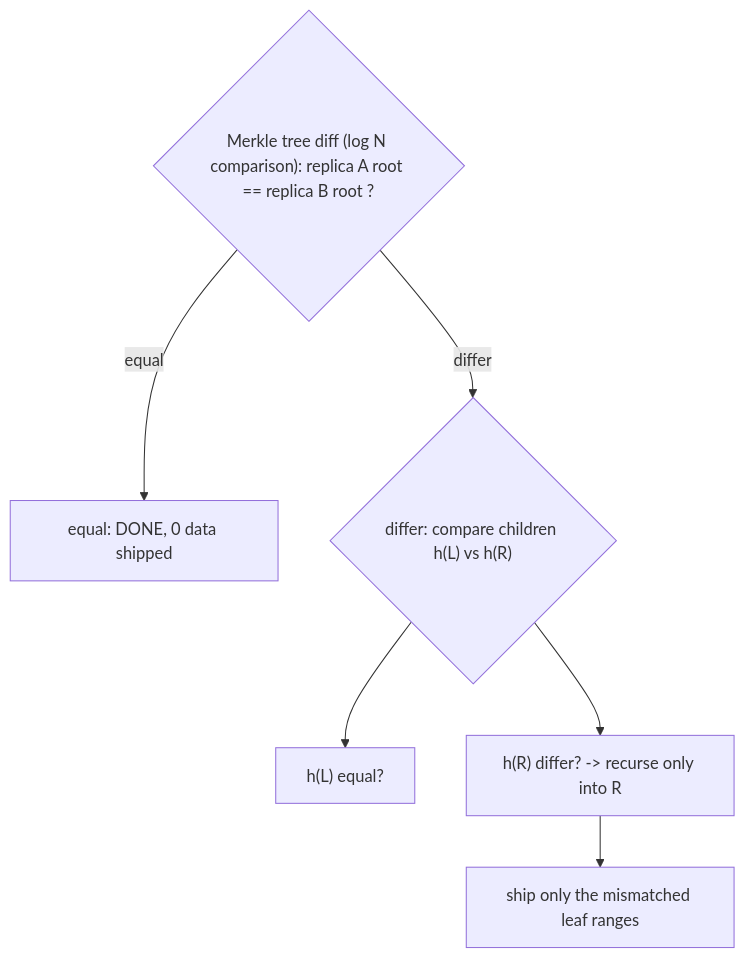
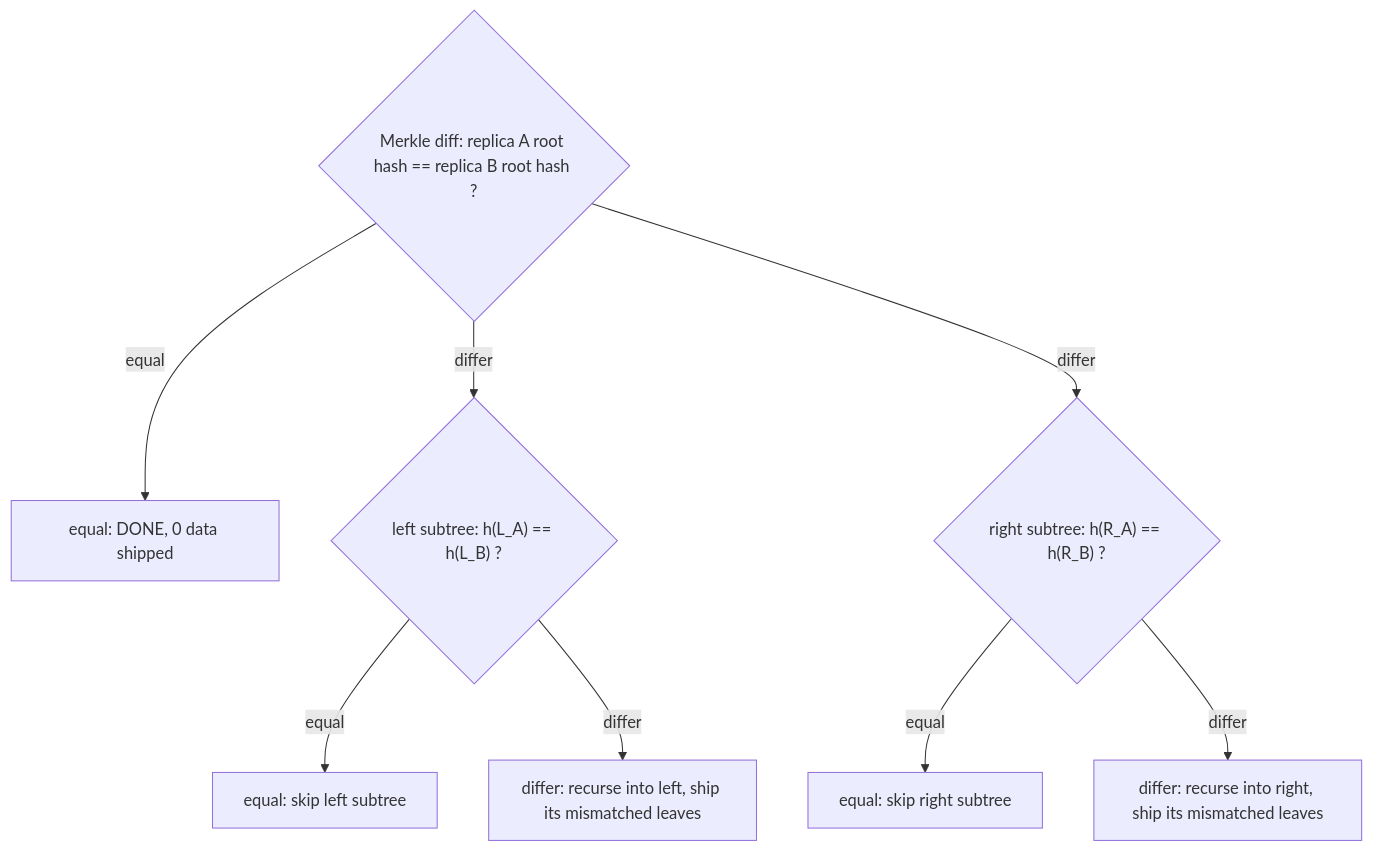
The second of 3 diagrams in topics/system-design/cap-theorem-and-consistency/concepts.md (PaulSayantan/grokking-interview), drawn with Mermaid before and after one commit. The commit also changed other lines of this file and 61 other files, not shown here.

````diff
--- a/topics/system-design/cap-theorem-and-consistency/concepts.md
+++ b/topics/system-design/cap-theorem-and-consistency/concepts.md
@@ -501,14 +577,18 @@
 ```mermaid
 flowchart TD
-    Root{"Merkle tree diff (log N comparison): replica A root == replica B root ?"}
+    Root{"Merkle diff: replica A root hash == replica B root hash ?"}
     Done["equal: DONE, 0 data shipped"]
-    Children{"differ: compare children h(L) vs h(R)"}
-    Left["h(L) equal?"]
-    Right["h(R) differ? -> recurse only into R"]
-    Ship["ship only the mismatched leaf ranges"]
+    LeftChild{"left subtree: h(L_A) == h(L_B) ?"}
+    RightChild{"right subtree: h(R_A) == h(R_B) ?"}
+    LeftStop["equal: skip left subtree"]
+    RightStop["equal: skip right subtree"]
+    LeftRecurse["differ: recurse into left, ship its mismatched leaves"]
+    RightRecurse["differ: recurse into right, ship its mismatched leaves"]
     Root -->|equal| Done
-    Root -->|differ| Children
-    Children --> Left
-    Children --> Right
-    Right --> Ship
+    Root -->|differ| LeftChild
+    Root -->|differ| RightChild
+    LeftChild -->|equal| LeftStop
+    LeftChild -->|differ| LeftRecurse
+    RightChild -->|equal| RightStop
+    RightChild -->|differ| RightRecurse
 ```
````
